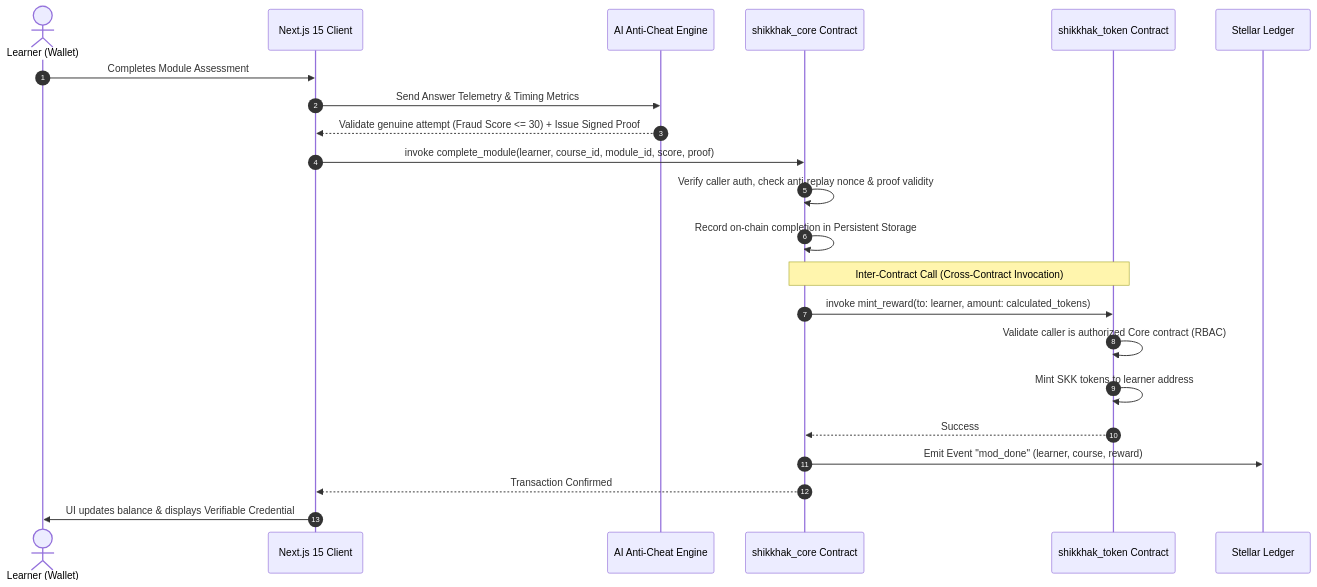
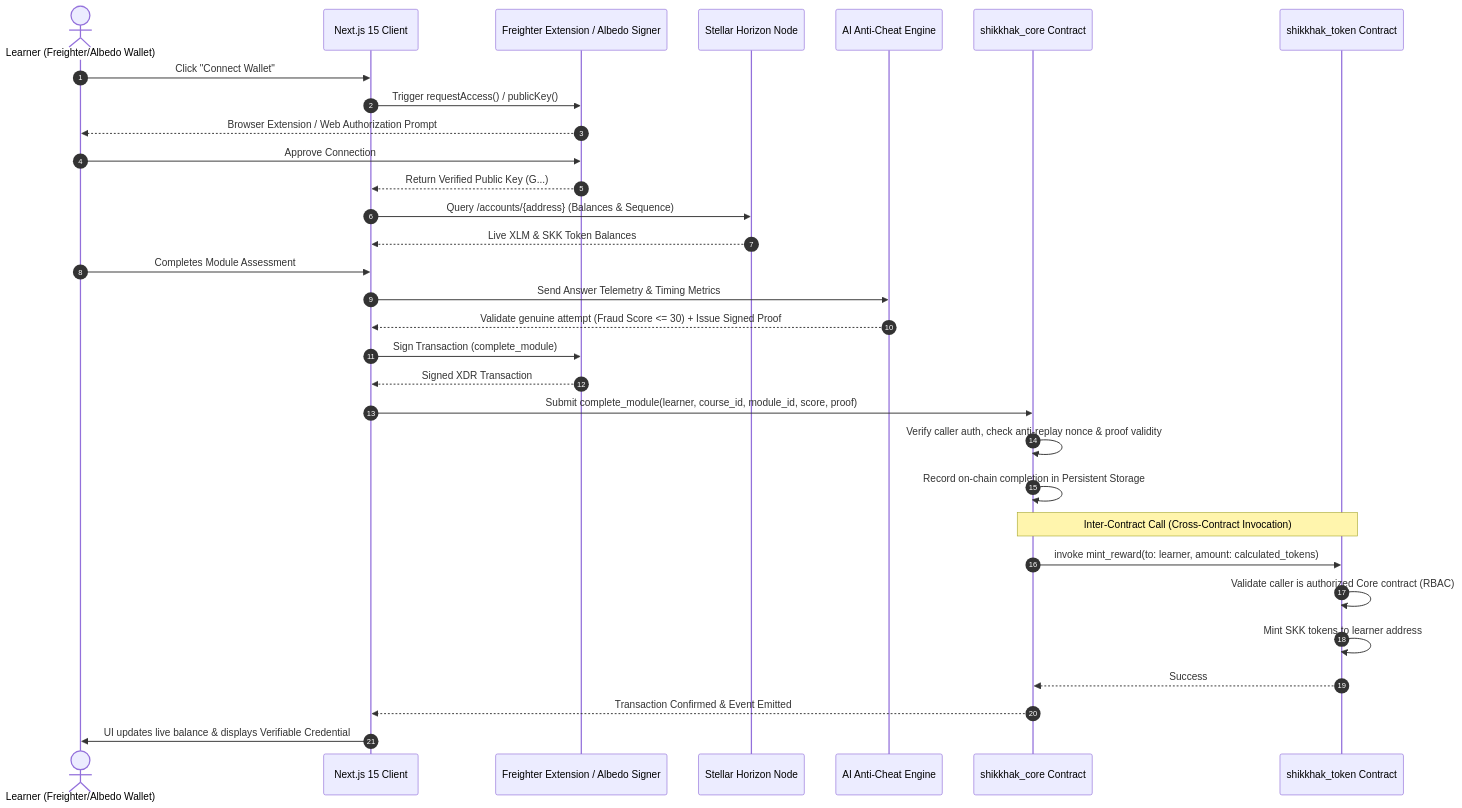
Before and after one commit to 00Suman00/Shikkhak-An--AI-powered-learn-to-earn-platform: the second of 2 diagrams in README.md, drawn with Mermaid. The commit also changed other lines of this file, not shown here.

Commit message:
docs(readme): add Freighter and Albedo Web3 badges to header

````diff
--- a/README.md
+++ b/README.md
@@ -77,25 +90,35 @@
 ```mermaid
 sequenceDiagram
     autonumber
-    actor Learner as Learner (Wallet)
+    actor Learner as Learner (Freighter/Albedo Wallet)
     participant UI as Next.js 15 Client
+    participant Wallet as Freighter Extension / Albedo Signer
+    participant Horizon as Stellar Horizon Node
     participant AI as AI Anti-Cheat Engine
     participant Core as shikkhak_core Contract
     participant Token as shikkhak_token Contract
-    participant Ledger as Stellar Ledger
 
+    Learner->>UI: Click "Connect Wallet"
+    UI->>Wallet: Trigger requestAccess() / publicKey()
+    Wallet-->>Learner: Browser Extension / Web Authorization Prompt
+    Learner->>Wallet: Approve Connection
+    Wallet-->>UI: Return Verified Public Key (G...)
+    UI->>Horizon: Query /accounts/{address} (Balances & Sequence)
+    Horizon-->>UI: Live XLM & SKK Token Balances
+    
     Learner->>UI: Completes Module Assessment
     UI->>AI: Send Answer Telemetry & Timing Metrics
     AI-->>UI: Validate genuine attempt (Fraud Score <= 30) + Issue Signed Proof
-    UI->>Core: invoke complete_module(learner, course_id, module_id, score, proof)
+    UI->>Wallet: Sign Transaction (complete_module)
+    Wallet-->>UI: Signed XDR Transaction
+    UI->>Core: Submit complete_module(learner, course_id, module_id, score, proof)
     Core->>Core: Verify caller auth, check anti-replay nonce & proof validity
     Core->>Core: Record on-chain completion in Persistent Storage
     Note over Core,Token: Inter-Contract Call (Cross-Contract Invocation)
     Core->>Token: invoke mint_reward(to: learner, amount: calculated_tokens)
     Token->>Token: Validate caller is authorized Core contract (RBAC)
     Token->>Token: Mint SKK tokens to learner address
     Token-->>Core: Success
-    Core->>Ledger: Emit Event "mod_done" (learner, course, reward)
-    Core-->>UI: Transaction Confirmed
-    UI->>Learner: UI updates balance & displays Verifiable Credential
+    Core-->>UI: Transaction Confirmed & Event Emitted
+    UI->>Learner: UI updates live balance & displays Verifiable Credential
 ```
````
